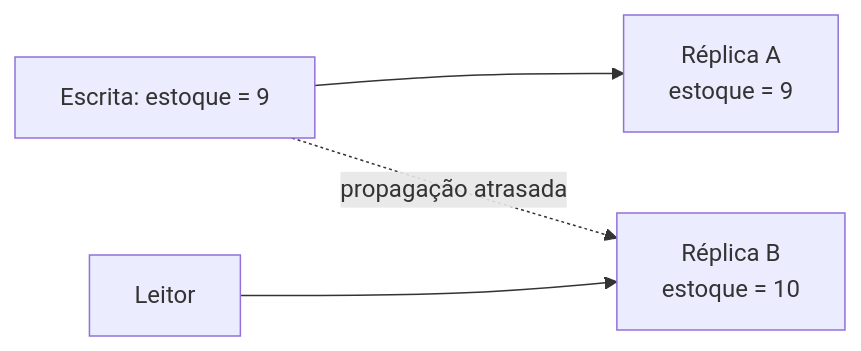
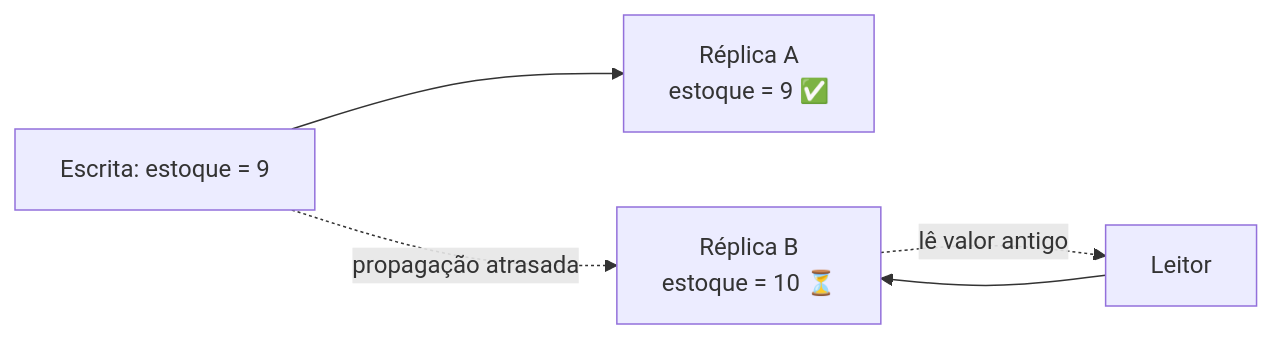
Before and after one commit to BragaD/UnDF-BancodeDados-202601: the third of 3 diagrams in content/cap06/03-concorrencia-e-contencao.qmd, drawn with Mermaid. The commit also changed other lines of this file and 13 other files, not shown here.

````diff
--- a/content/cap06/03-concorrencia-e-contencao.qmd
+++ b/content/cap06/03-concorrencia-e-contencao.qmd
@@ -39,6 +152,7 @@
 ```{mermaid}
 flowchart LR
-    w["Escrita: estoque = 9"] --> a["Réplica A<br/>estoque = 9"]
-    w -. "propagação atrasada" .-> b["Réplica B<br/>estoque = 10"]
+    w["Escrita: estoque = 9"] --> a["Réplica A<br/>estoque = 9 ✅"]
+    w -. "propagação atrasada" .-> b["Réplica B<br/>estoque = 10 ⏳"]
     leitor["Leitor"] --> b
+    b -. "lê valor antigo" .-> leitor
 ```
````
